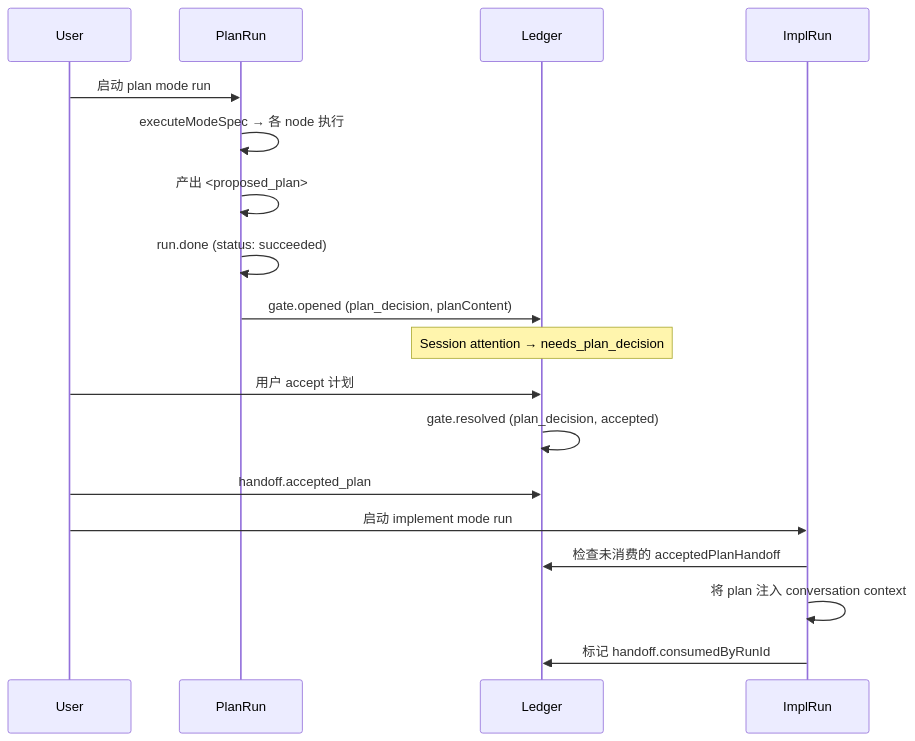
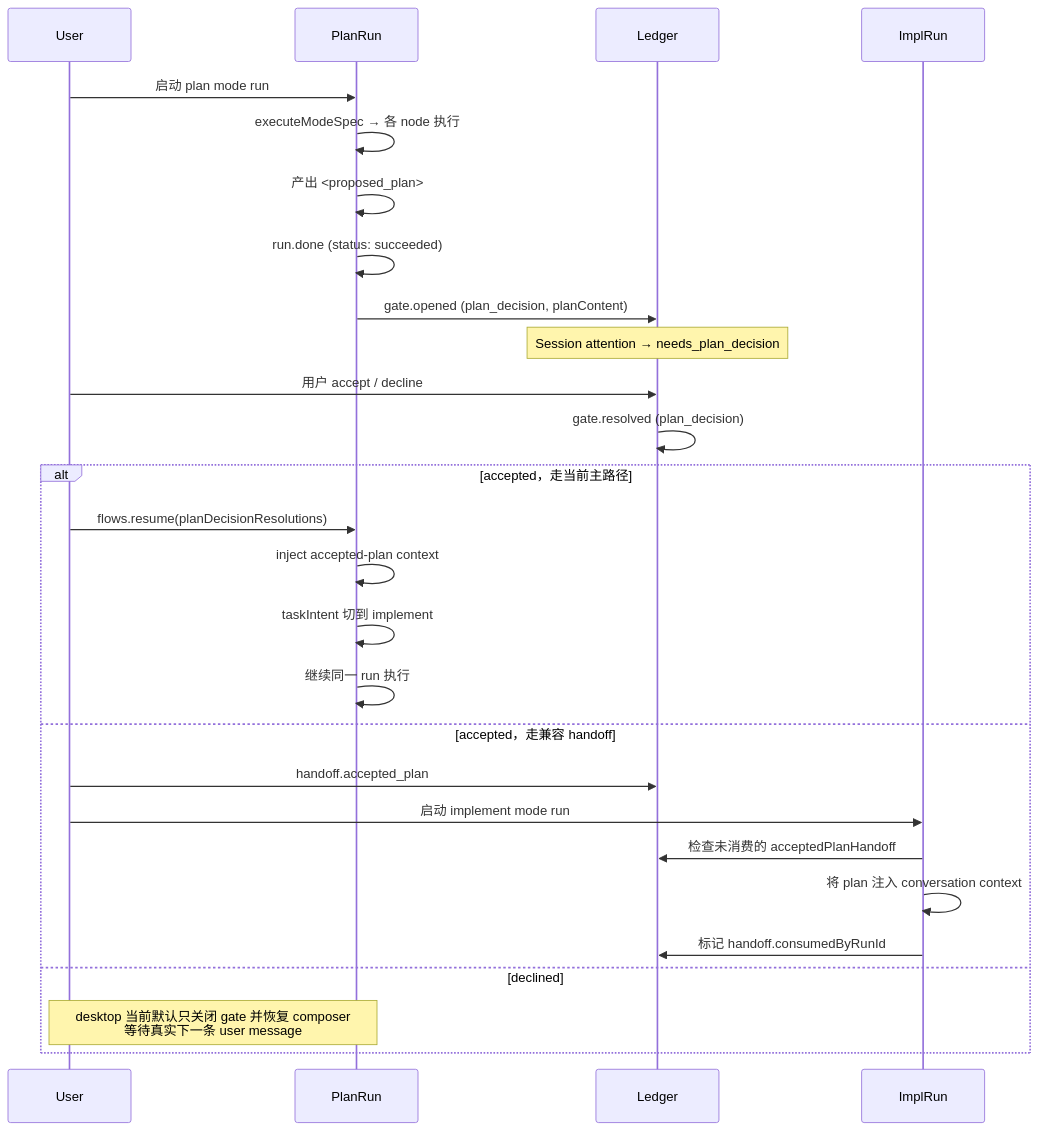
The sixth of 7 diagrams in docs/ora-gates-and-resume.md (cemeworm/Ora), drawn with Mermaid before and after one commit. The commit also changed other lines of this file and 6 other files, not shown here.

First line of the commit message:
docs: update README and architecture documentation

````diff
--- a/docs/ora-gates-and-resume.md
+++ b/docs/ora-gates-and-resume.md
@@ -656,24 +659,33 @@
 ```mermaid
 sequenceDiagram
     participant User
     participant PlanRun
     participant Ledger
     participant ImplRun
 
     User->>PlanRun: 启动 plan mode run
     PlanRun->>PlanRun: executeModeSpec → 各 node 执行
     PlanRun->>PlanRun: 产出 <proposed_plan>
     PlanRun->>PlanRun: run.done (status: succeeded)
     PlanRun->>Ledger: gate.opened (plan_decision, planContent)
 
     Note over Ledger: Session attention → needs_plan_decision
 
-    User->>Ledger: 用户 accept 计划
-    Ledger->>Ledger: gate.resolved (plan_decision, accepted)
-    User->>Ledger: handoff.accepted_plan
+    User->>Ledger: 用户 accept / decline
+    Ledger->>Ledger: gate.resolved (plan_decision)
 
-    User->>ImplRun: 启动 implement mode run
-    ImplRun->>Ledger: 检查未消费的 acceptedPlanHandoff
-    ImplRun->>ImplRun: 将 plan 注入 conversation context
-    ImplRun->>Ledger: 标记 handoff.consumedByRunId
+    alt accepted，走当前主路径
+        User->>PlanRun: flows.resume(planDecisionResolutions)
+        PlanRun->>PlanRun: inject accepted-plan context
+        PlanRun->>PlanRun: taskIntent 切到 implement
+        PlanRun->>PlanRun: 继续同一 run 执行
+    else accepted，走兼容 handoff
+        User->>Ledger: handoff.accepted_plan
+        User->>ImplRun: 启动 implement mode run
+        ImplRun->>Ledger: 检查未消费的 acceptedPlanHandoff
+        ImplRun->>ImplRun: 将 plan 注入 conversation context
+        ImplRun->>Ledger: 标记 handoff.consumedByRunId
+    else declined
+        Note over User,PlanRun: desktop 当前默认只关闭 gate 并恢复 composer<br/>等待真实下一条 user message
+    end
 ```
````
